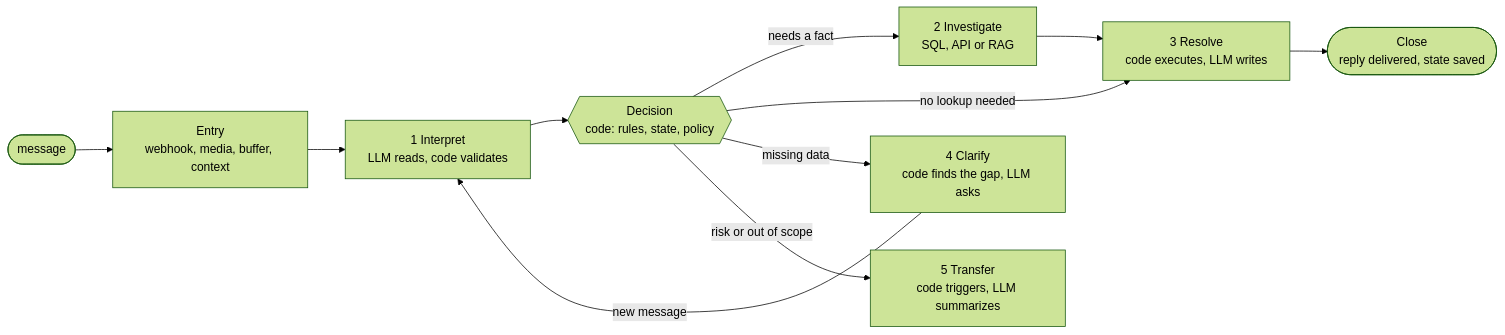
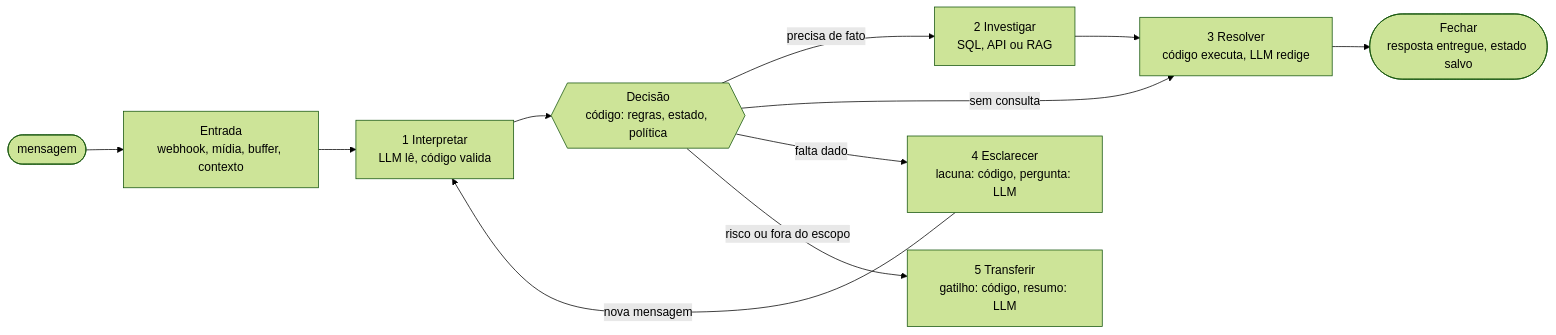
Before and after one commit to mathpr9-code/mp-ai-platform: the first of 2 diagrams in README.md, drawn with Mermaid (forest theme). The commit also changed other lines of this file and 55 other files, not shown here.

````diff
--- a/README.md
+++ b/README.md
@@ -47,13 +33,13 @@
 ```mermaid
 flowchart LR
-  M([message]) --> B[Entry<br/>webhook, media, buffer, context]
-  B --> I[1 Interpret<br/>LLM reads, code validates]
-  I --> D{{Decision<br/>code: rules, state, policy}}
-  D -->|needs a fact| V[2 Investigate<br/>SQL, API or RAG]
-  V --> R[3 Resolve<br/>code executes, LLM writes]
-  D -->|no lookup needed| R
-  D -->|missing data| E[4 Clarify<br/>code finds the gap, LLM asks]
-  D -->|risk or out of scope| T[5 Transfer<br/>code triggers, LLM summarizes]
-  E -->|new message| I
-  R --> F([Close<br/>reply delivered, state saved])
+  M([mensagem]) --> B[Entrada<br/>webhook, mídia, buffer, contexto]
+  B --> I[1 Interpretar<br/>LLM lê, código valida]
+  I --> D{{Decisão<br/>código: regras, estado, política}}
+  D -->|precisa de fato| V[2 Investigar<br/>SQL, API ou RAG]
+  V --> R[3 Resolver<br/>código executa, LLM redige]
+  D -->|sem consulta| R
+  D -->|falta dado| E[4 Esclarecer<br/>lacuna: código, pergunta: LLM]
+  D -->|risco ou fora do escopo| T[5 Transferir<br/>gatilho: código, resumo: LLM]
+  E -->|nova mensagem| I
+  R --> F([Fechar<br/>resposta entregue, estado salvo])
 ```
````
